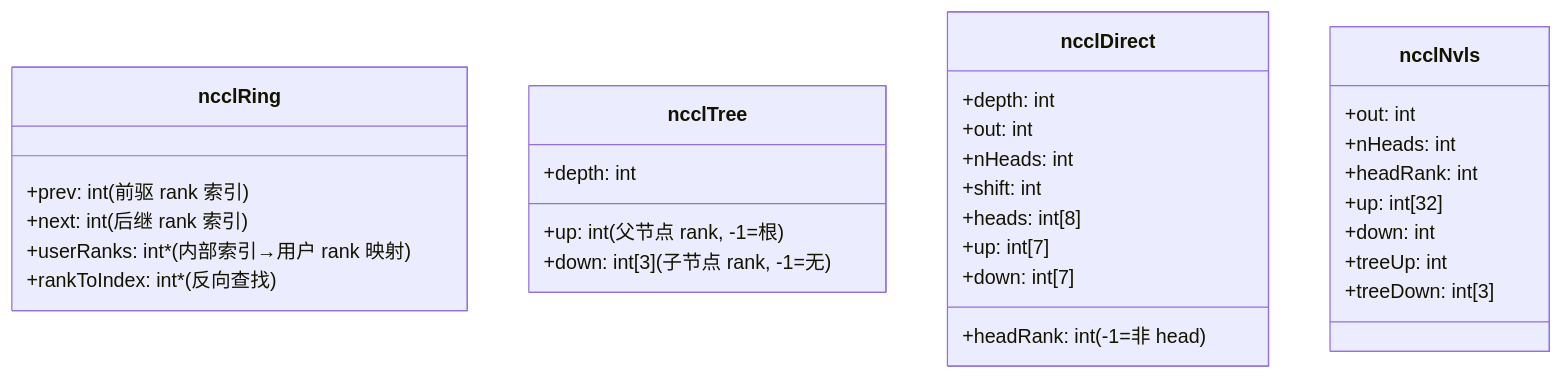
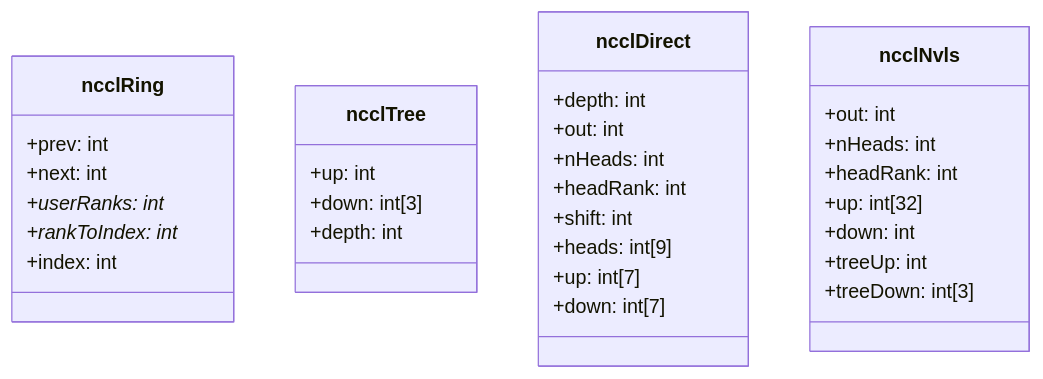
Before and after one commit to s0okiym/share: the third of 12 diagrams in dd_nccl_glm5.1/03-channel.md, drawn with Mermaid. The commit also changed other lines of this file and 19 other files, not shown here.

````diff
--- a/dd_nccl_glm5.1/03-channel.md
+++ b/dd_nccl_glm5.1/03-channel.md
@@ -64,36 +82,37 @@
 ```mermaid
 classDiagram
     class ncclRing {
-        +prev: int (前驱 rank 索引)
-        +next: int (后继 rank 索引)
-        +userRanks: int* (内部索引→用户 rank 映射)
-        +rankToIndex: int* (反向查找)
+        +prev: int
+        +next: int
+        +userRanks: int*
+        +rankToIndex: int*
+        +index: int
     }
 
     class ncclTree {
-        +up: int (父节点 rank, -1=根)
-        +down: int[3] (子节点 rank, -1=无)
+        +up: int
+        +down: int[3]
         +depth: int
     }
 
     class ncclDirect {
         +depth: int
         +out: int
         +nHeads: int
-        +headRank: int (-1=非 head)
+        +headRank: int
         +shift: int
-        +heads: int[8]
+        +heads: int[9]
         +up: int[7]
         +down: int[7]
     }
 
     class ncclNvls {
         +out: int
         +nHeads: int
         +headRank: int
         +up: int[32]
         +down: int
         +treeUp: int
         +treeDown: int[3]
     }
 ```
````
